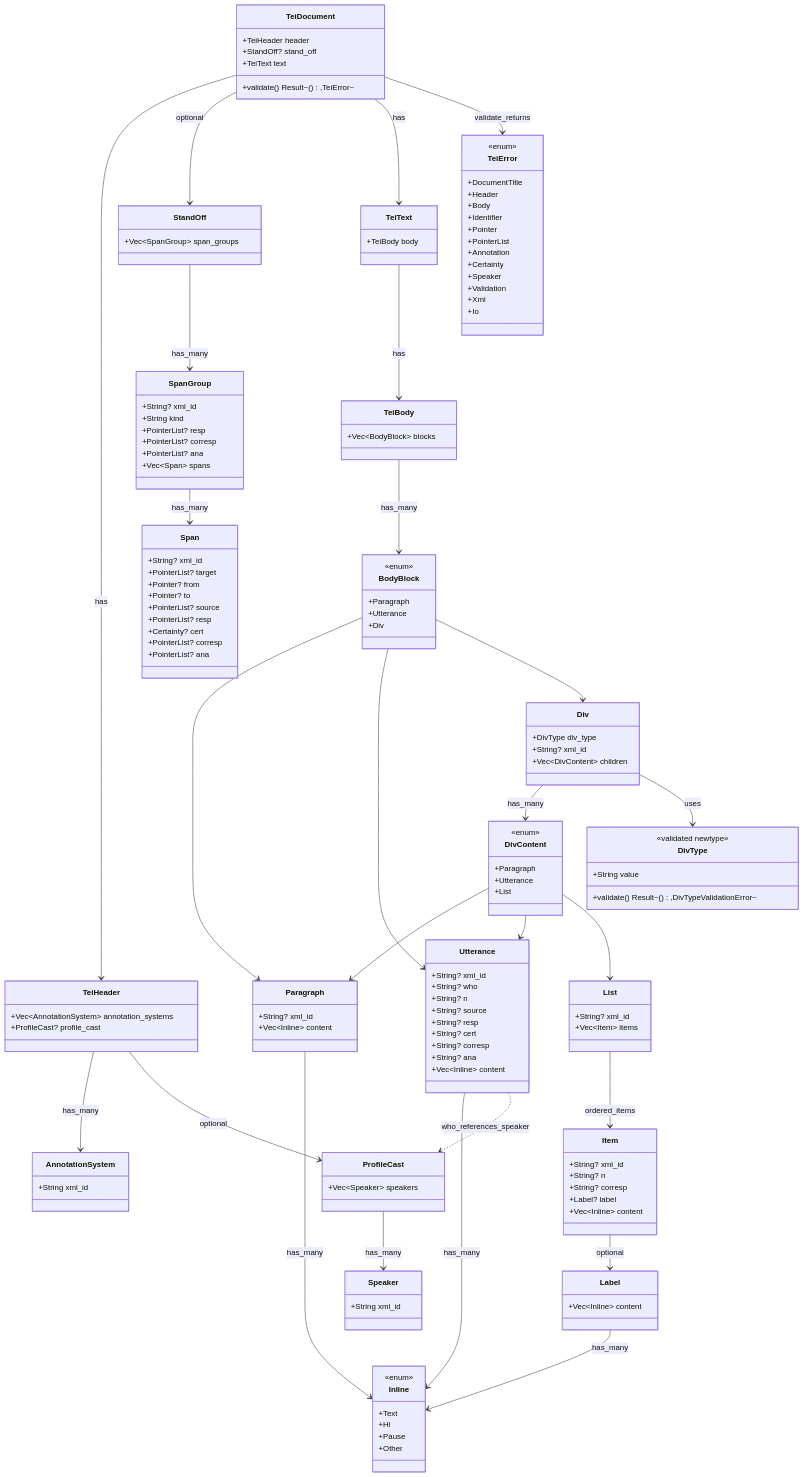
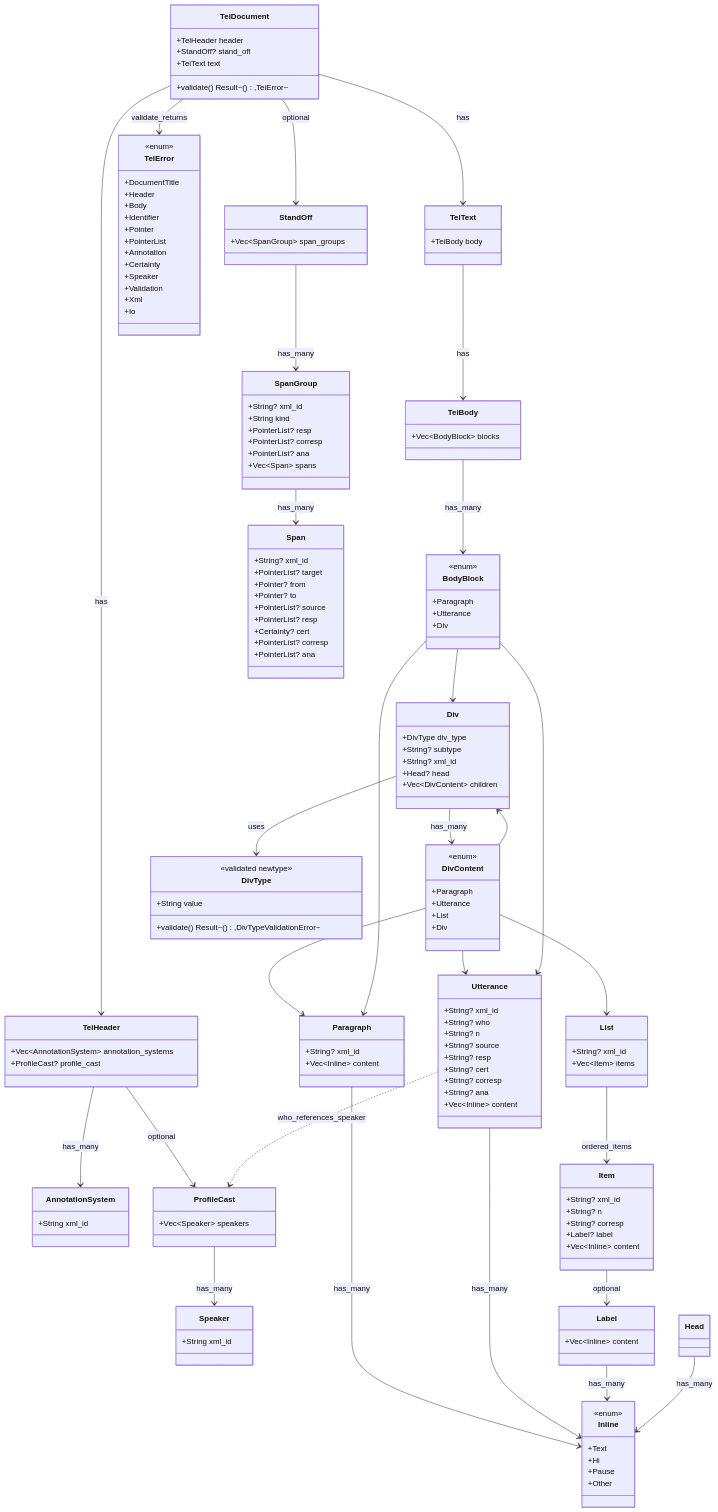
The second of 4 diagrams in docs/tei-rapporteur-design-document.md (leynos/tei-rapporteur), drawn with Mermaid before and after one commit. The commit also changed other lines of this file and 14 other files, not shown here.

First line of the commit message:
feat(tei-core): add support for nested <div> elements with optional <head>

```diff
--- a/docs/tei-rapporteur-design-document.md
+++ b/docs/tei-rapporteur-design-document.md
@@ -804,7 +804,9 @@
 
     class Div {
       +DivType div_type
+      +String? subtype
       +String? xml_id
+      +Head? head
       +Vec~DivContent~ children
     }
 
@@ -813,6 +815,7 @@
       +Paragraph
       +Utterance
       +List
+      +Div
     }
 
     class List {
@@ -909,6 +912,7 @@
     DivContent --> Paragraph
     DivContent --> Utterance
     DivContent --> List
+    DivContent --> Div
 
     List --> Item : ordered_items
 
@@ -916,6 +920,7 @@
     Paragraph --> Inline : has_many
     Utterance --> Inline : has_many
     Label --> Inline : has_many
+    Head --> Inline : has_many
 
     Utterance ..> ProfileCast : who_references_speaker
 
```
